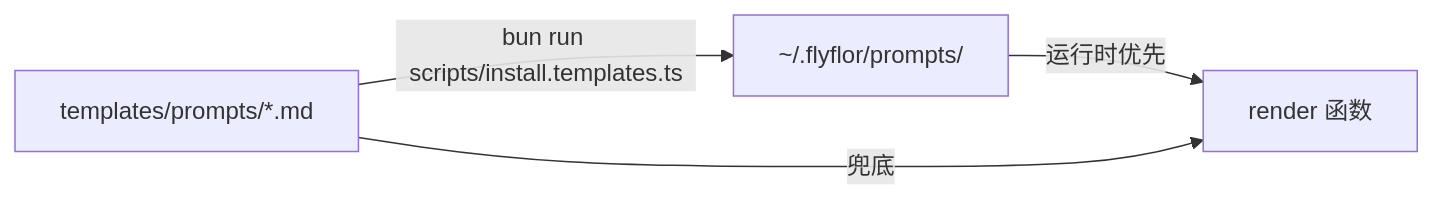
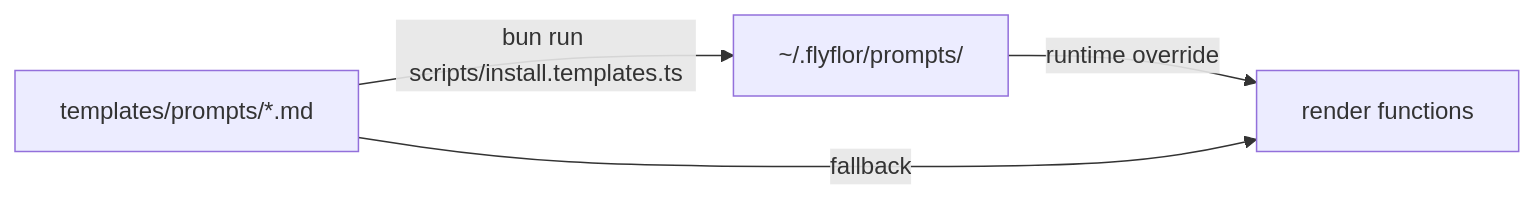
One commit to flyflor/flyflor changed the second of 2 diagrams in docs/prompt.templates.md. Above: the diagram before and after it, drawn with Mermaid. The commit also changed other lines of this file and 129 other files, not shown here.

````diff
--- a/docs/prompt.templates.md
+++ b/docs/prompt.templates.md
@@ -52,6 +70,6 @@
 ```mermaid
 flowchart LR
     Builtin["templates/prompts/*.md"] -- bun run scripts/install.templates.ts --> Userdir["~/.flyflor/prompts/"]
-    Userdir -- 运行时优先 --> Render["render 函数"]
-    Builtin -- 兜底 --> Render
+    Userdir -- runtime override --> Render["render functions"]
+    Builtin -- fallback --> Render
 ```
````
